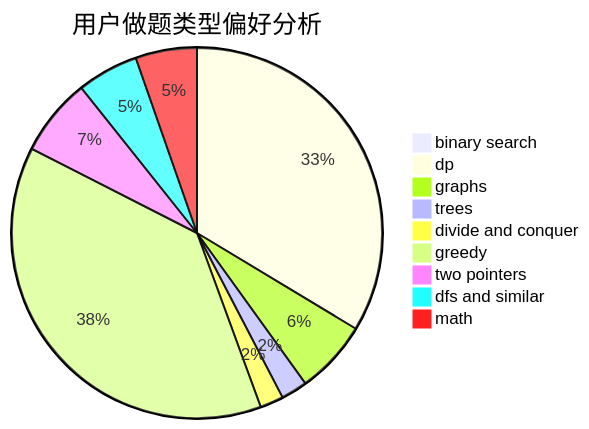
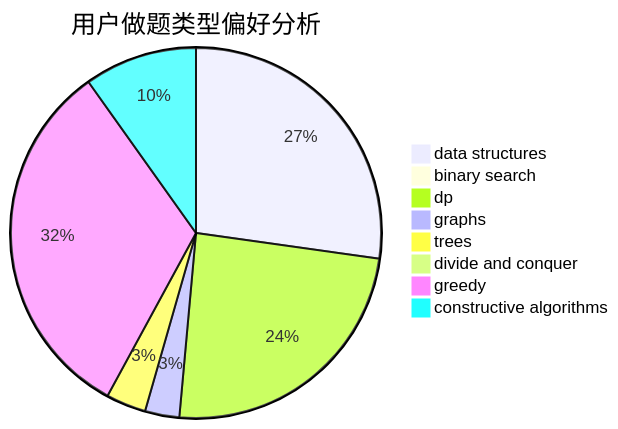
One commit to sherpahu/cfrs.github.io changed the second of 3 diagrams in docs/user/u1841.md. Above: the diagram before and after it, drawn with Mermaid. The commit also changed other lines of this file and 2775 other files, not shown here.

````diff
--- a/docs/user/u1841.md
+++ b/docs/user/u1841.md
@@ -23,12 +23,11 @@
 ```mermaid
 pie title 用户做题类型偏好分析
-    "binary search" :  27
-    "dp" :  936
-    "graphs" :  179
-    "trees" :  64
-    "divide and conquer" :  57
-    "greedy" :  1060
-    "two pointers" :  189
-    "dfs and similar" :  149
-    "math" :  149
+    "data structures" :  445
+    "binary search" :  8
+    "dp" :  396
+    "graphs" :  49
+    "trees" :  57
+    "divide and conquer" :  8
+    "greedy" :  527
+    "constructive algorithms" :  161
 ```
````
